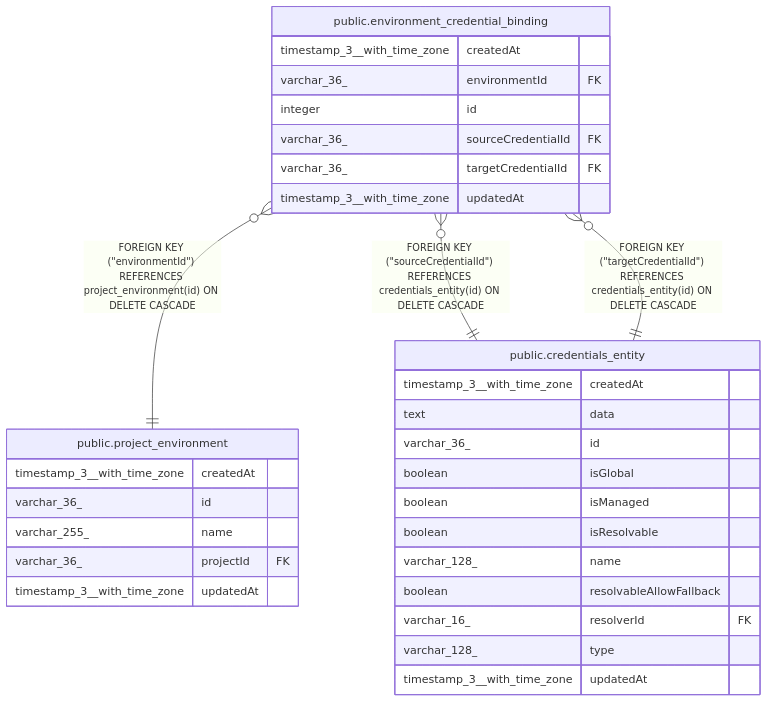
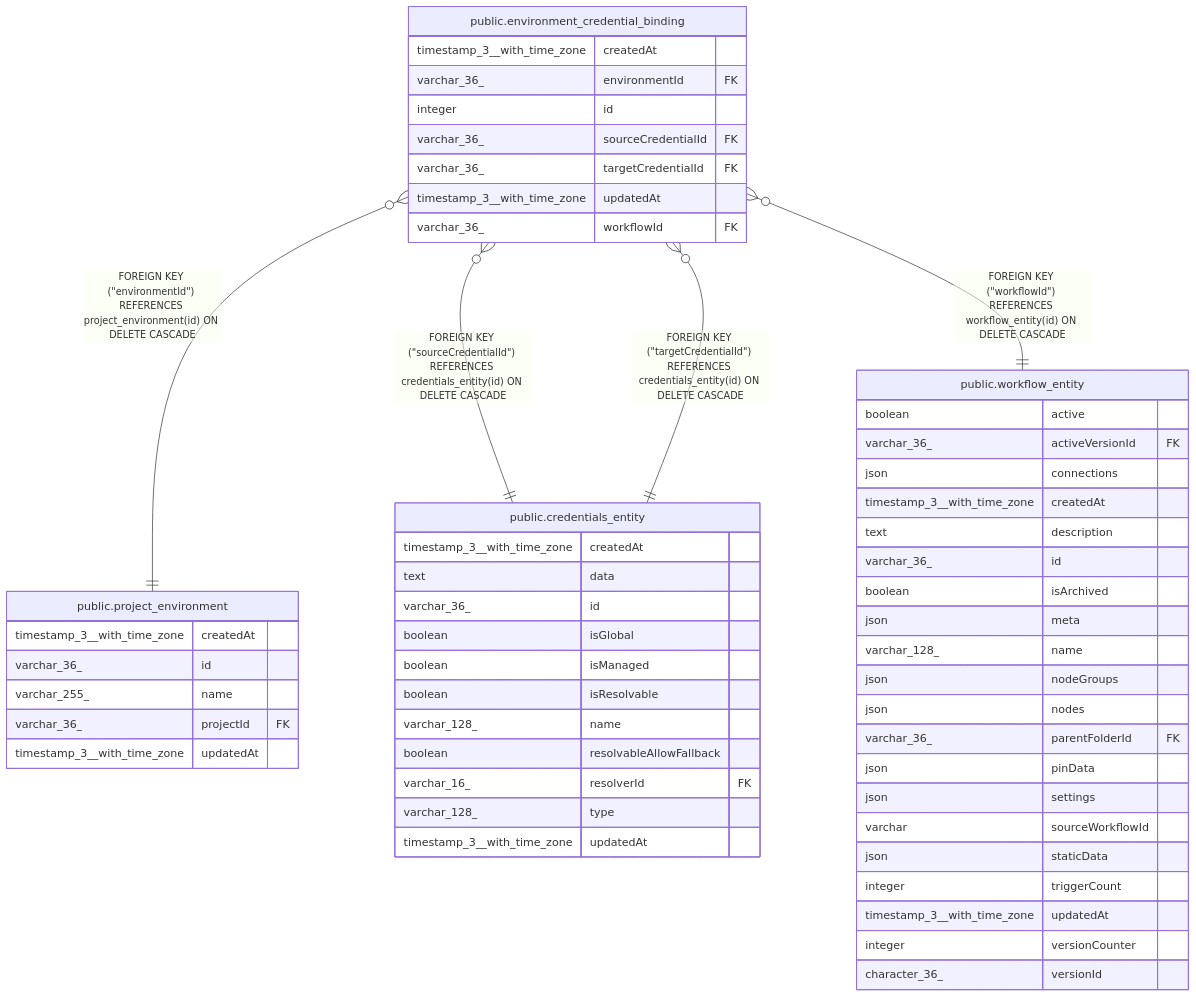
Before and after one commit to mayankjain1815-commits/n8n: the diagram in docs/generated/postgres-schema/public.environment_credential_binding.md, drawn with Mermaid. The commit also changed other lines of this file and 23 other files, not shown here.

Commit message:
Scope credential bindings by environment and workflowId

````diff
--- a/docs/generated/postgres-schema/public.environment_credential_binding.md
+++ b/docs/generated/postgres-schema/public.environment_credential_binding.md
@@ -39,36 +42,60 @@
 ```mermaid
 erDiagram
 
 "public.environment_credential_binding" }o--|| "public.project_environment" : "FOREIGN KEY (#quot;environmentId#quot;) REFERENCES project_environment(id) ON DELETE CASCADE"
 "public.environment_credential_binding" }o--|| "public.credentials_entity" : "FOREIGN KEY (#quot;sourceCredentialId#quot;) REFERENCES credentials_entity(id) ON DELETE CASCADE"
 "public.environment_credential_binding" }o--|| "public.credentials_entity" : "FOREIGN KEY (#quot;targetCredentialId#quot;) REFERENCES credentials_entity(id) ON DELETE CASCADE"
+"public.environment_credential_binding" }o--|| "public.workflow_entity" : "FOREIGN KEY (#quot;workflowId#quot;) REFERENCES workflow_entity(id) ON DELETE CASCADE"
 
 "public.environment_credential_binding" {
   timestamp_3__with_time_zone createdAt
   varchar_36_ environmentId FK
   integer id
   varchar_36_ sourceCredentialId FK
   varchar_36_ targetCredentialId FK
   timestamp_3__with_time_zone updatedAt
+  varchar_36_ workflowId FK
 }
 "public.project_environment" {
   timestamp_3__with_time_zone createdAt
   varchar_36_ id
   varchar_255_ name
   varchar_36_ projectId FK
   timestamp_3__with_time_zone updatedAt
 }
 "public.credentials_entity" {
   timestamp_3__with_time_zone createdAt
   text data
   varchar_36_ id
   boolean isGlobal
   boolean isManaged
   boolean isResolvable
   varchar_128_ name
   boolean resolvableAllowFallback
   varchar_16_ resolverId FK
   varchar_128_ type
   timestamp_3__with_time_zone updatedAt
 }
+"public.workflow_entity" {
+  boolean active
+  varchar_36_ activeVersionId FK
+  json connections
+  timestamp_3__with_time_zone createdAt
+  text description
+  varchar_36_ id
+  boolean isArchived
+  json meta
+  varchar_128_ name
+  json nodeGroups
+  json nodes
+  varchar_36_ parentFolderId FK
+  json pinData
+  json settings
+  varchar sourceWorkflowId
+  json staticData
+  integer triggerCount
+  timestamp_3__with_time_zone updatedAt
+  integer versionCounter
+  character_36_ versionId
+}
 ```
````
